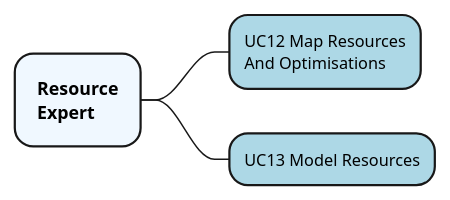
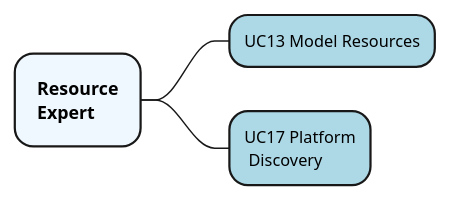
The diagram in uml/mind-maps/EAB/MM-ResExpert.puml (SODALITE-EU/project-wide-documentation), drawn with PlantUML before and after one commit.

Commit message:
Removed UC12(QA) and added UC17

```diff
--- a/uml/mind-maps/EAB/MM-ResExpert.puml
+++ b/uml/mind-maps/EAB/MM-ResExpert.puml
@@ -1,29 +1,30 @@
 @startmindmap ResourceExpertUCs
 
 <style>
 mindmapDiagram {
   node {
     Padding 15
     Margin 15
     BackGroundColor LightBlue
   }
   rootNode {
     Padding 15
 	Margin 15
     BackGroundColor AliceBlue
 	FontSize 12
   }
   leafNode {
     Padding 10
     BackGroundColor LightBlue
     FontColor Black
     FontSize 11
   }
 }
 </style>
 
 * <b>Resource</b>\n<b>Expert</b>
-** UC12 Map Resources\nAnd Optimisations
+
 ** UC13 Model Resources
+** UC17 Platform\n Discovery
 
 @endmindmap
```
